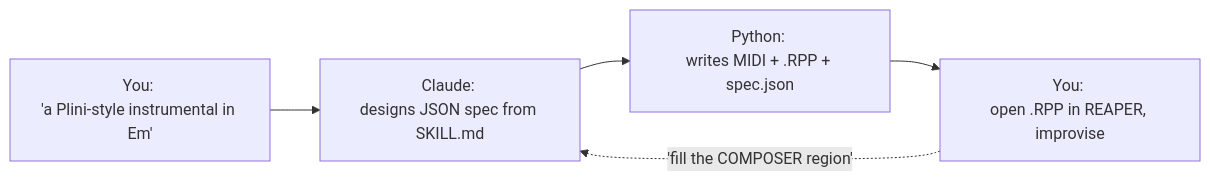
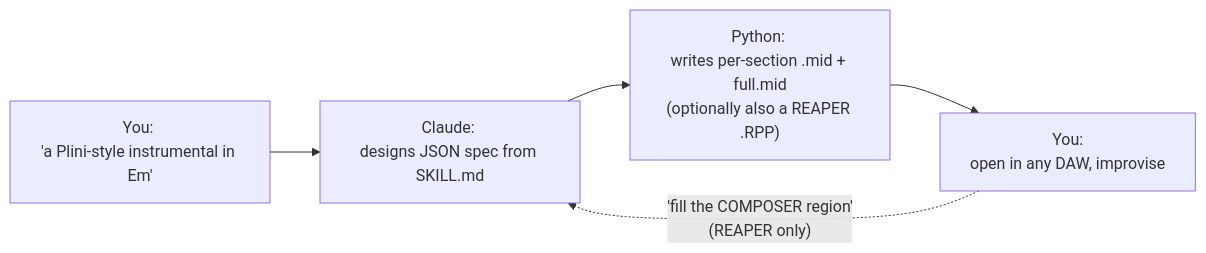
The diagram in README.md (ricardoalcocer/claude-code-composer), drawn with Mermaid before and after one commit. The commit also changed other lines of this file and 5 other files, not shown here.

First line of the commit message:
Make REAPER optional — ship MIDI-only mode + zero-friction starter template

````diff
--- a/README.md
+++ b/README.md
@@ -64,7 +68,7 @@
 ```mermaid
 flowchart LR
   A["You: <br/>'a Plini-style instrumental in Em'"] --> B["Claude: <br/>designs JSON spec from SKILL.md"]
-  B --> C["Python: <br/>writes MIDI + .RPP + spec.json"]
-  C --> D["You: <br/>open .RPP in REAPER, improvise"]
-  D -.->|"'fill the COMPOSER region'"| B
+  B --> C["Python: <br/>writes per-section .mid + full.mid<br/>(optionally also a REAPER .RPP)"]
+  C --> D["You: <br/>open in any DAW, improvise"]
+  D -.->|"'fill the COMPOSER region'<br/>(REAPER only)"| B
 ```
````
